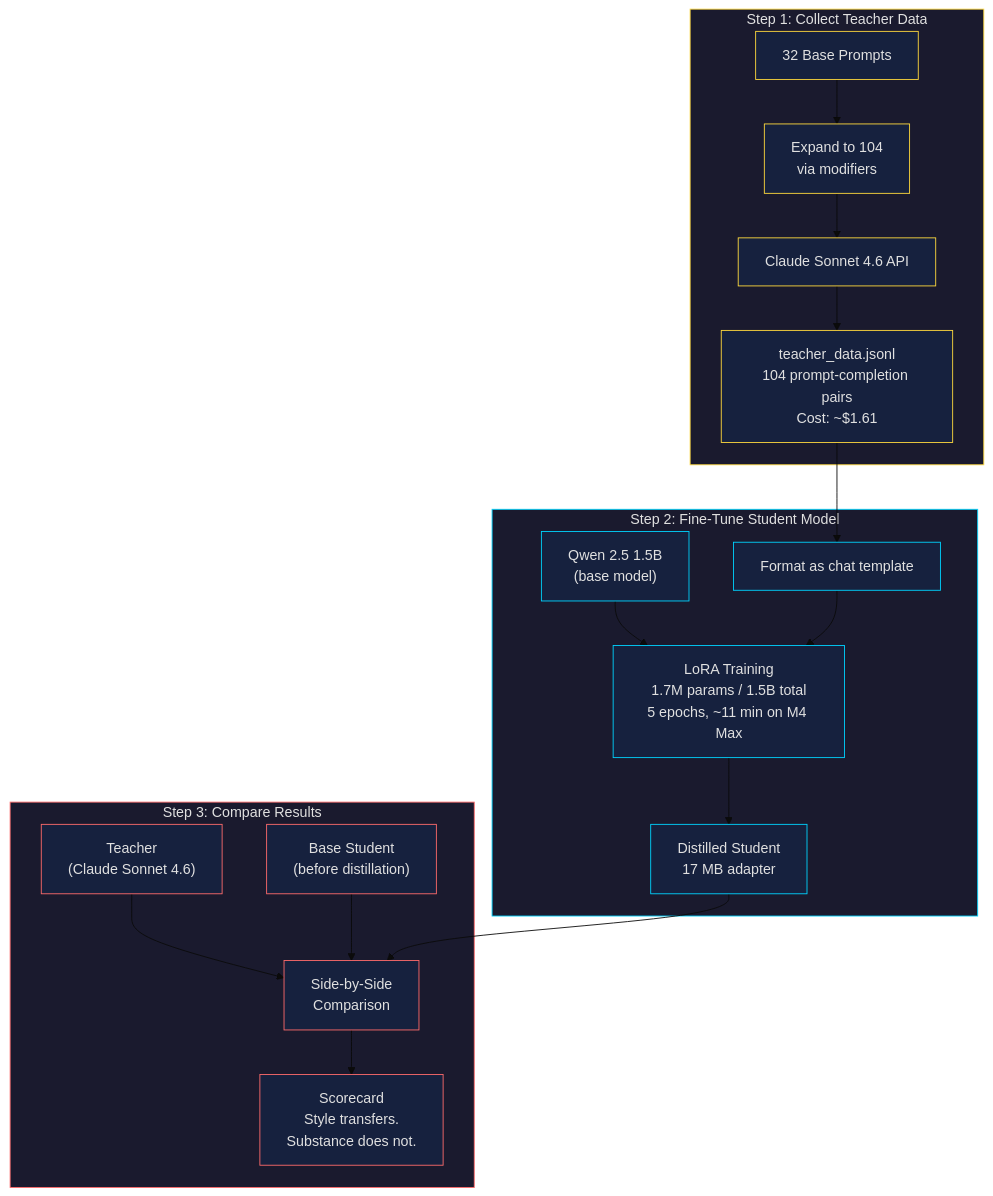
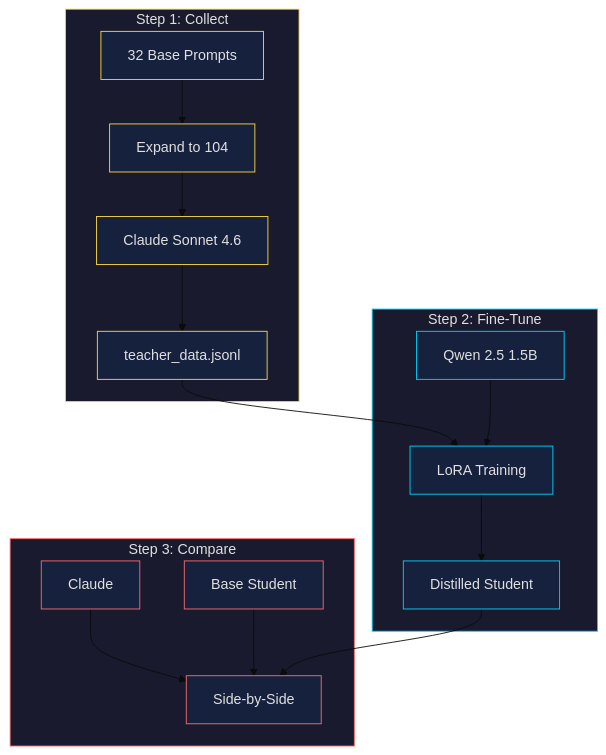
Before and after one commit to kousen/AI_distilling: the diagram in visuals/pipeline.mmd, drawn with Mermaid (base theme). The commit also changed 1 other file, not shown here.

Commit message:
Simplify pipeline diagram labels for GitHub rendering
Remove multi-line labels (literal \n not rendered), shorten all
node text to prevent truncation, reduce node count for cleaner layout.

```diff
--- a/visuals/pipeline.mmd
+++ b/visuals/pipeline.mmd
@@ -1,36 +1,32 @@
 flowchart TD
-    subgraph step1["Step 1: Collect Teacher Data"]
-        P["32 Base Prompts"] --> EXP["Expand to 104\nvia modifiers"]
-        EXP --> API["Claude Sonnet 4.6 API"]
-        API --> D["teacher_data.jsonl\n104 prompt-completion pairs\nCost: ~$1.61"]
+    subgraph step1["Step 1: Collect"]
+        P["32 Base Prompts"] --> EXP["Expand to 104"]
+        EXP --> API["Claude Sonnet 4.6"]
+        API --> D["teacher_data.jsonl"]
     end
 
-    subgraph step2["Step 2: Fine-Tune Student Model"]
-        D --> FMT["Format as chat template"]
-        BASE["Qwen 2.5 1.5B\n(base model)"] --> LORA["LoRA Training\n1.7M params / 1.5B total\n5 epochs, ~11 min on M4 Max"]
-        FMT --> LORA
-        LORA --> DIST["Distilled Student\n17 MB adapter"]
+    subgraph step2["Step 2: Fine-Tune"]
+        D --> LORA["LoRA Training"]
+        BASE["Qwen 2.5 1.5B"] --> LORA
+        LORA --> DIST["Distilled Student"]
     end
 
-    subgraph step3["Step 3: Compare Results"]
-        TEACHER["Teacher\n(Claude Sonnet 4.6)"] --> CMP["Side-by-Side\nComparison"]
-        BASE2["Base Student\n(before distillation)"] --> CMP
+    subgraph step3["Step 3: Compare"]
+        TEACHER["Claude"] --> CMP["Side-by-Side"]
+        BASE2["Base Student"] --> CMP
         DIST --> CMP
-        CMP --> SCORE["Scorecard\nStyle transfers.\nSubstance does not."]
     end
 
     style step1 fill:#1a1a2e,stroke:#ffd93d,color:#e0e0e0
     style step2 fill:#1a1a2e,stroke:#00d4ff,color:#e0e0e0
     style step3 fill:#1a1a2e,stroke:#ff6b6b,color:#e0e0e0
     style P fill:#16213e,stroke:#ffd93d,color:#e0e0e0
     style EXP fill:#16213e,stroke:#ffd93d,color:#e0e0e0
     style API fill:#16213e,stroke:#ffd93d,color:#e0e0e0
     style D fill:#16213e,stroke:#ffd93d,color:#e0e0e0
-    style FMT fill:#16213e,stroke:#00d4ff,color:#e0e0e0
     style LORA fill:#16213e,stroke:#00d4ff,color:#e0e0e0
     style BASE fill:#16213e,stroke:#00d4ff,color:#e0e0e0
     style DIST fill:#16213e,stroke:#00d4ff,color:#e0e0e0
     style TEACHER fill:#16213e,stroke:#ff6b6b,color:#e0e0e0
     style BASE2 fill:#16213e,stroke:#ff6b6b,color:#e0e0e0
     style CMP fill:#16213e,stroke:#ff6b6b,color:#e0e0e0
-    style SCORE fill:#16213e,stroke:#ff6b6b,color:#e0e0e0
```
